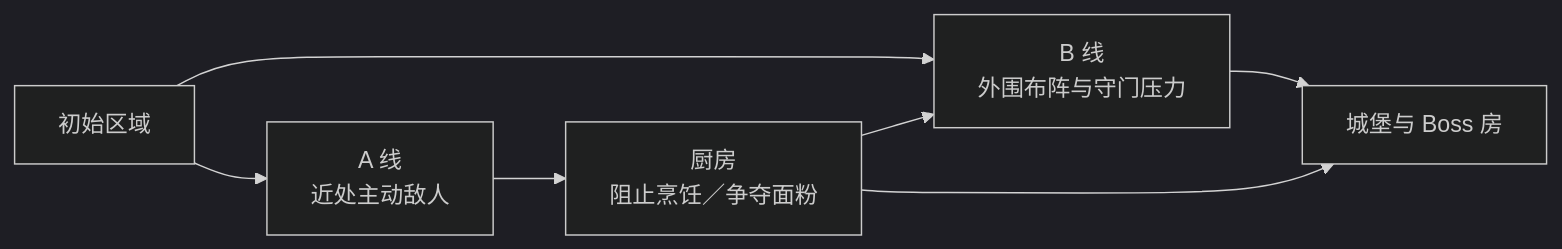
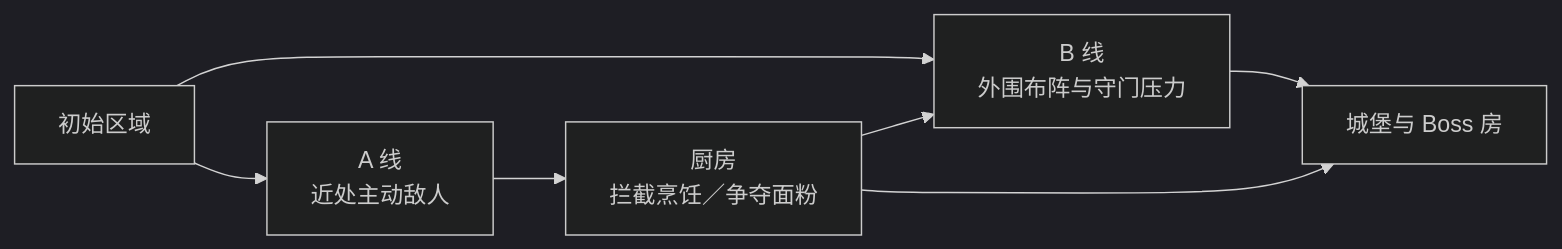
Before and after one commit to zrt13355123189-sudo/game-design-portfolio: the diagram in projects/terrain/03_关卡设计_面粉关.md, drawn with Mermaid (dark theme). The commit also changed other lines of this file and 6 other files, not shown here.

````diff
--- a/projects/terrain/03_关卡设计_面粉关.md
+++ b/projects/terrain/03_关卡设计_面粉关.md
@@ -13,9 +13,9 @@
 ```mermaid
 flowchart LR
     S[初始区域] --> A[A 线<br/>近处主动敌人]
     S --> B[B 线<br/>外围布阵与守门压力]
-    A --> K[厨房<br/>阻止烹饪／争夺面粉]
+    A --> K[厨房<br/>拦截烹饪／争夺面粉]
     K --> B
     B --> C[城堡与 Boss 房]
     K --> C
 ```
````
